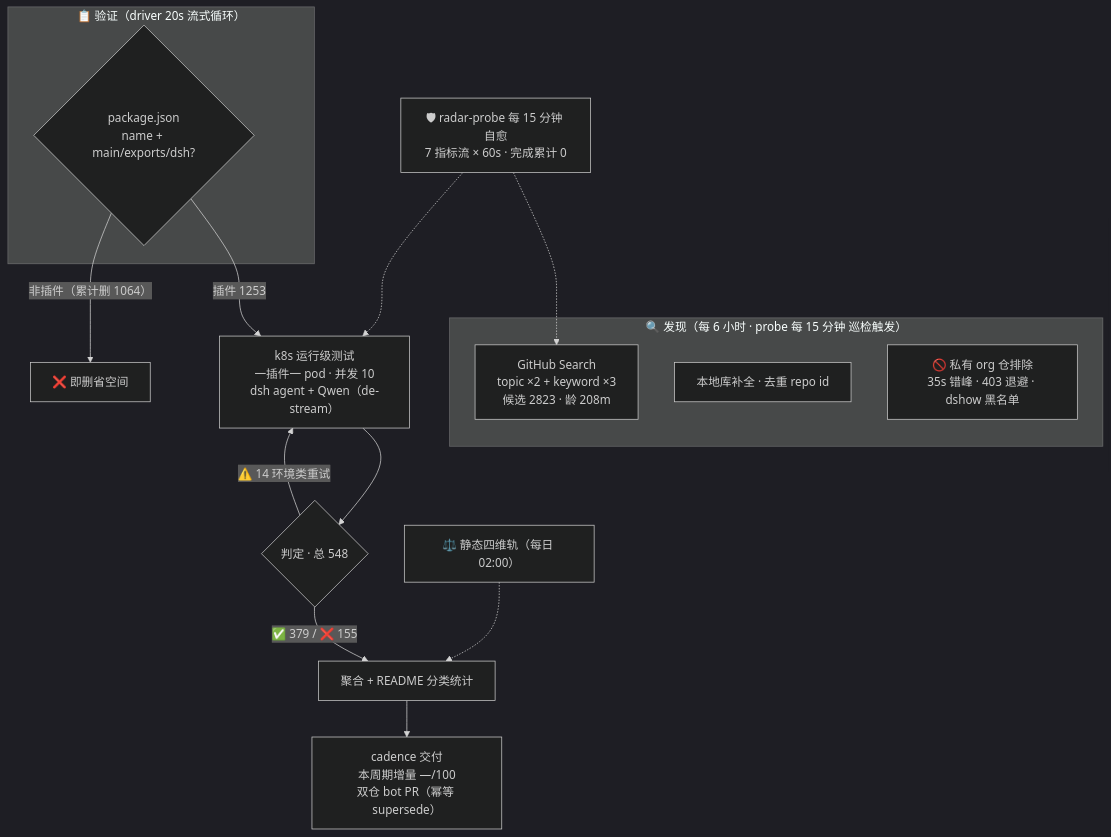
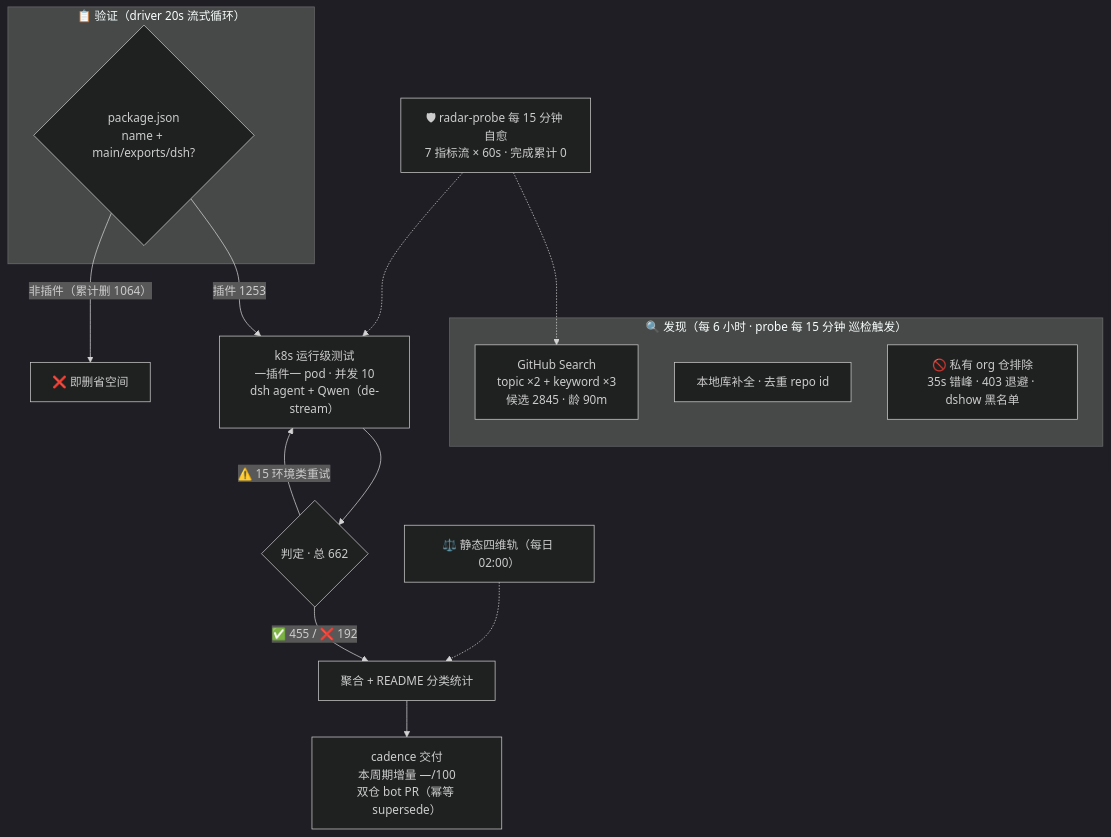
Before and after one commit to Zhidao-Lab-OSS/awesome-dsh-plugins: the diagram in README.md, drawn with Mermaid (dark theme). The commit also changed other lines of this file and 1 other file, not shown here.

````diff
--- a/README.md
+++ b/README.md
@@ -32,20 +32,20 @@
 ```mermaid
 flowchart TB
     subgraph Discovery["🔍 发现（每 6 小时 · probe 每 15 分钟 巡检触发）"]
-        A1["GitHub Search<br/>topic ×2 + keyword ×3<br/>候选 2823 · 龄 208m"]
+        A1["GitHub Search<br/>topic ×2 + keyword ×3<br/>候选 2845 · 龄 90m"]
         A2["本地库补全 · 去重 repo id"]
         A3["🚫 私有 org 仓排除<br/>35s 错峰 · 403 退避 · dshow 黑名单"]
     end
     subgraph Validation["📋 验证（driver 20s 流式循环）"]
         B1{"package.json<br/>name + main/exports/dsh?"}
     end
     B1 -->|"插件 1253"| C1["k8s 运行级测试<br/>一插件一 pod · 并发 10<br/>dsh agent + Qwen（de-stream）"]
     B1 -->|"非插件（累计删 1064）"| B3["❌ 即删省空间"]
-    C1 --> D1{"判定 · 总 548"}
-    D1 -->|"✅ 379 / ❌ 155"| E1["聚合 + README 分类统计"]
-    D1 -->|"⚠️ 14 环境类重试"| C1
+    C1 --> D1{"判定 · 总 662"}
+    D1 -->|"✅ 455 / ❌ 192"| E1["聚合 + README 分类统计"]
+    D1 -->|"⚠️ 15 环境类重试"| C1
     E1 --> E2["cadence 交付<br/>本周期增量 —/100<br/>双仓 bot PR（幂等 supersede）"]
     S["⚖️ 静态四维轨（每日 02:00）"] -.-> E1
     M["🛡 radar-probe 每 15 分钟 自愈<br/>7 指标流 × 60s · 完成累计 0"] -.-> A1
     M -.-> C1
 ```
````
